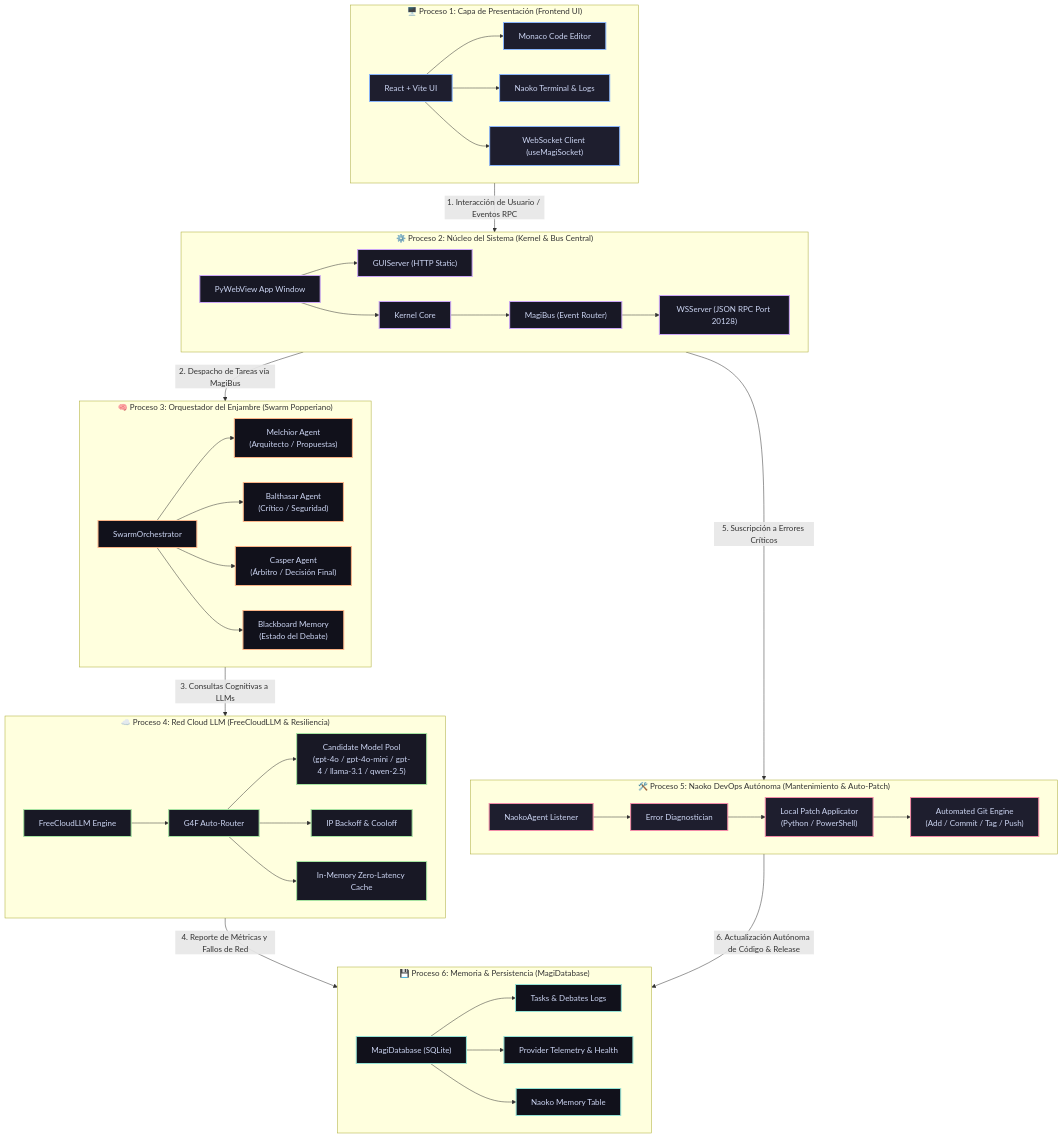
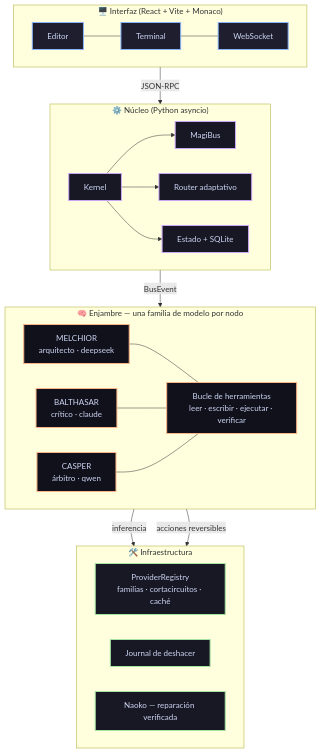
Before and after one commit to zero-phoenix/MAGI-System-IDE: the diagram in README.md, drawn with Mermaid. The commit also changed other lines of this file and 43 other files, not shown here.

First line of the commit message:
MAGI 9.0: diversidad real del enjambre, herramientas y reversibilidad

````diff
--- a/README.md
+++ b/README.md
@@ -11,75 +13,46 @@
 ```mermaid
 graph TD
-    %% Estilos Globales
-    classDef frontend fill:#1e1e2e,stroke:#89b4fa,stroke-width:2px,color:#cdd6f4;
-    classDef kernel fill:#181825,stroke:#cba6f7,stroke-width:2px,color:#cdd6f4;
+    classDef ui fill:#1e1e2e,stroke:#89b4fa,stroke-width:2px,color:#cdd6f4;
+    classDef core fill:#181825,stroke:#cba6f7,stroke-width:2px,color:#cdd6f4;
     classDef swarm fill:#11111b,stroke:#fab387,stroke-width:2px,color:#cdd6f4;
-    classDef cloud fill:#181825,stroke:#a6e3a1,stroke-width:2px,color:#cdd6f4;
-    classDef devops fill:#1e1e2e,stroke:#f38ba8,stroke-width:2px,color:#cdd6f4;
-    classDef storage fill:#11111b,stroke:#94e2d5,stroke-width:2px,color:#cdd6f4;
+    classDef infra fill:#181825,stroke:#a6e3a1,stroke-width:2px,color:#cdd6f4;
 
-    %% 1. FRONTEND PROCESS
-    subgraph P1["🖥️ Proceso 1: Capa de Presentación (Frontend UI)"]
+    subgraph UI["🖥️ Interfaz (React + Vite + Monaco)"]
         direction LR
-        UI1["React + Vite UI"] --> UI2["Monaco Code Editor"]
-        UI1 --> UI3["Naoko Terminal & Logs"]
-        UI1 --> UI4["WebSocket Client (useMagiSocket)"]
+        U1["Editor"] --- U2["Terminal"] --- U3["WebSocket"]
     end
-    class P1,UI1,UI2,UI3,UI4 frontend;
+    class UI,U1,U2,U3 ui;
 
-    %% 2. KERNEL & EVENT BUS PROCESS
-    subgraph P2["⚙️ Proceso 2: Núcleo del Sistema (Kernel & Bus Central)"]
+    subgraph CORE["⚙️ Núcleo (Python asyncio)"]
         direction LR
-        K1["PyWebView App Window"] --> K2["GUIServer (HTTP Static)"]
-        K1 --> K3["Kernel Core"]
-        K3 --> K4["MagiBus (Event Router)"]
-        K4 --> K5["WSServer (JSON RPC Port 20128)"]
+        K1["Kernel"] --> K2["MagiBus"]
+        K1 --> K3["Router adaptativo"]
+        K1 --> K4["Estado + SQLite"]
     end
-    class P2,K1,K2,K3,K4,K5 kernel;
+    class CORE,K1,K2,K3,K4 core;
 
-    %% 3. SWARM DEBATE PROCESS
-    subgraph P3["🧠 Proceso 3: Orquestador del Enjambre (Swarm Popperiano)"]
+    subgraph SWARM["🧠 Enjambre — una familia de modelo por nodo"]
         direction LR
-        S1["SwarmOrchestrator"] --> S2["Melchior Agent<br/>(Arquitecto / Propuestas)"]
-        S1 --> S3["Balthasar Agent<br/>(Crítico / Seguridad)"]
-        S1 --> S4["Casper Agent<br/>(Árbitro / Decisión Final)"]
-        S1 --> S5["Blackboard Memory<br/>(Estado del Debate)"]
+        S1["MELCHIOR<br/>arquitecto · deepseek"]
+        S2["BALTHASAR<br/>crítico · claude"]
+        S3["CASPER<br/>árbitro · qwen"]
+        S4["Bucle de herramientas<br/>leer · escribir · ejecutar · verificar"]
+        S1 --- S4
+        S2 --- S4
+        S3 --- S4
     end
-    class P3,S1,S2,S3,S4,S5 swarm;
+    class SWARM,S1,S2,S3,S4 swarm;
 
-    %% 4. CLOUD PROVIDER PROCESS
-    subgraph P4["☁️ Proceso 4: Red Cloud LLM (FreeCloudLLM & Resiliencia)"]
+    subgraph INFRA["🛠️ Infraestructura"]
         direction LR
-        C1["FreeCloudLLM Engine"] --> C2["G4F Auto-Router"]
-        C2 --> C3["Candidate Model Pool<br/>(gpt-4o / gpt-4o-mini / gpt-4 / llama-3.1 / qwen-2.5)"]
-        C2 --> C4["IP Backoff & Cooloff"]
-        C2 --> C5["In-Memory Zero-Latency Cache"]
+        N1["ProviderRegistry<br/>familias · cortacircuitos · caché"]
+        N2["Journal de deshacer"]
+        N3["Naoko — reparación verificada"]
     end
-    class P4,C1,C2,C3,C4,C5 cloud;
+    class INFRA,N1,N2,N3 infra;
 
-    %% 5. NAOKO DEVOPS PROCESS
-    subgraph P5["🛠️ Proceso 5: Naoko DevOps Autónoma (Mantenimiento & Auto-Patch)"]
-        direction LR
-        N1["NaokoAgent Listener"] --> N2["Error Diagnostician"]
-        N2 --> N3["Local Patch Applicator<br/>(Python / PowerShell)"]
-        N3 --> N4["Automated Git Engine<br/>(Add / Commit / Tag / Push)"]
-    end
-    class P5,N1,N2,N3,N4 devops;
-
-    %% 6. PERSISTENCE PROCESS
-    subgraph P6["💾 Proceso 6: Memoria & Persistencia (MagiDatabase)"]
-        direction LR
-        DB1["MagiDatabase (SQLite)"] --> DB2["Tasks & Debates Logs"]
-        DB1 --> DB3["Provider Telemetry & Health"]
-        DB1 --> DB4["Naoko Memory Table"]
-    end
-    class P6,DB1,DB2,DB3,DB4 storage;
-
-    %% FLUJO VERTICAL PRINCIPAL UNIDIRECCIONAL
-    P1 -->|1. Interacción de Usuario / Eventos RPC| P2
-    P2 -->|2. Despacho de Tareas vía MagiBus| P3
-    P3 -->|3. Consultas Cognitivas a LLMs| P4
-    P4 -->|4. Reporte de Métricas y Fallos de Red| P6
-    P2 -->|5. Suscripción a Errores Críticos| P5
-    P5 -->|6. Actualización Autónoma de Código & Release| P6
+    UI -->|JSON-RPC| CORE
+    CORE -->|BusEvent| SWARM
+    SWARM -->|inferencia| INFRA
+    SWARM -->|acciones reversibles| N2
 ```
````
